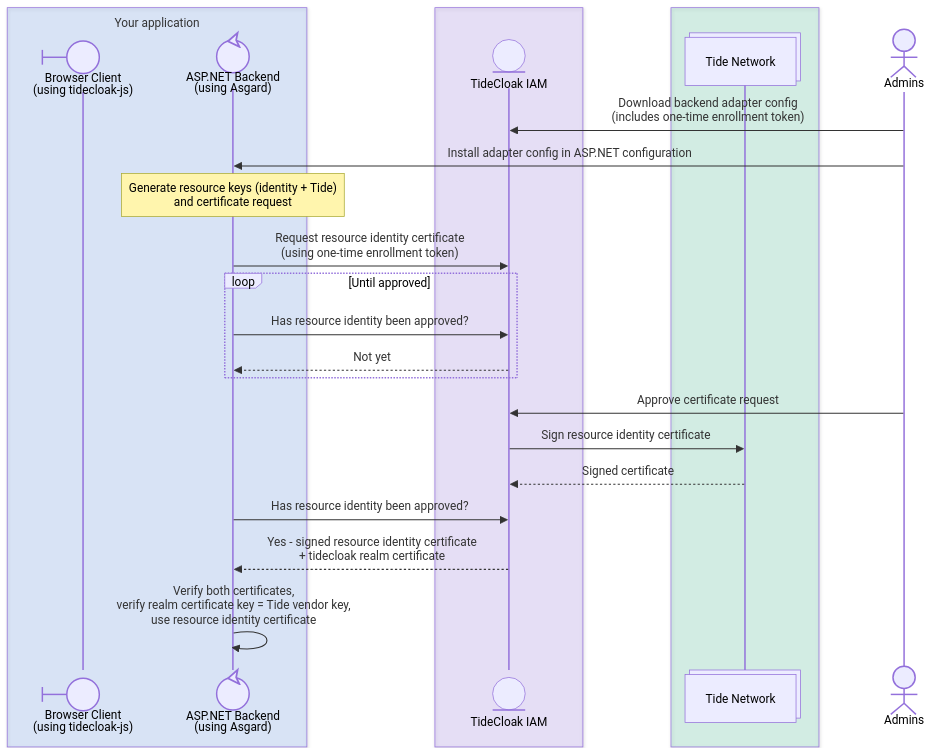
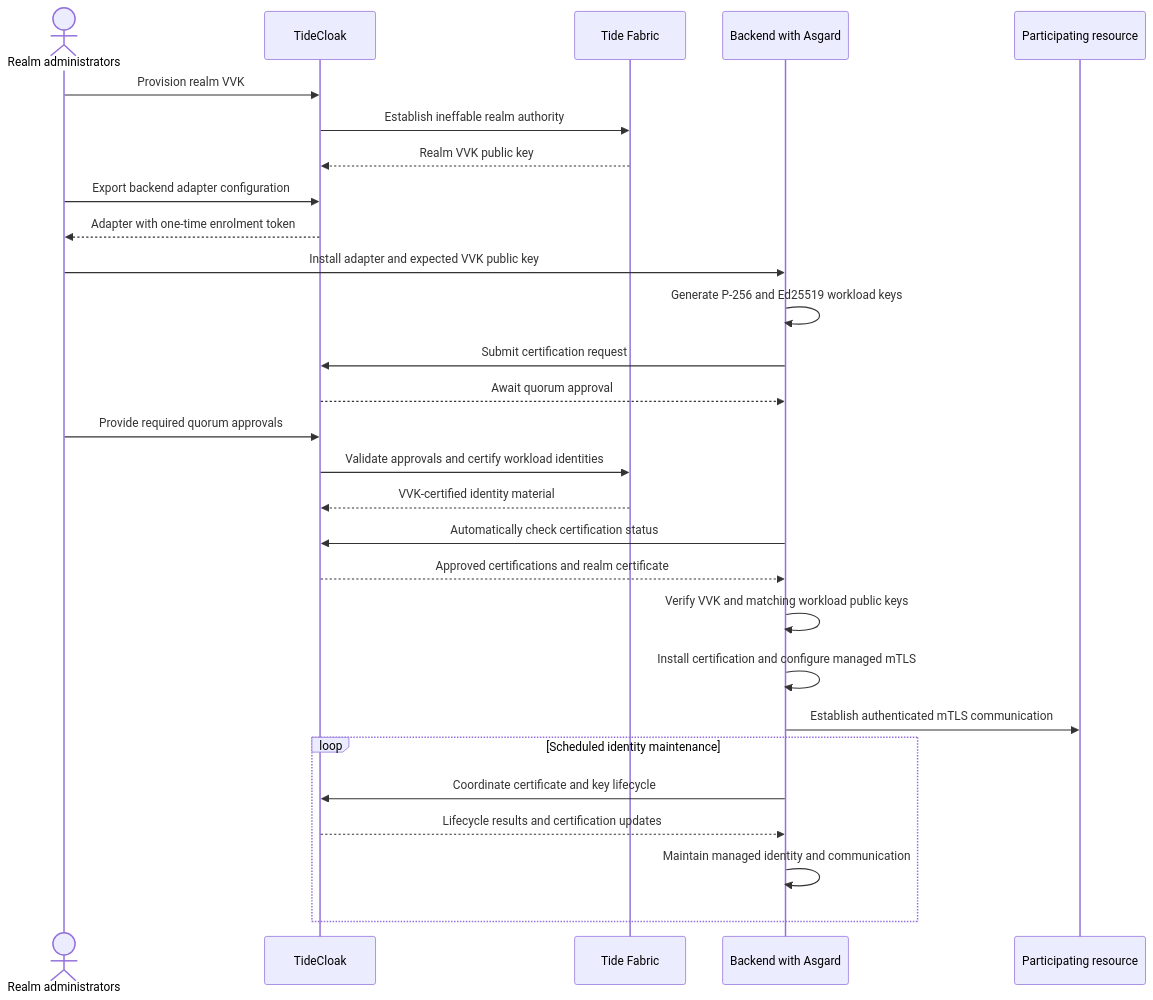
The first of 3 diagrams in README.md (tide-foundation/asgard), drawn with Mermaid before and after one commit. The commit also changed other lines of this file, not shown here.

````diff
--- a/README.md
+++ b/README.md
@@ -83,33 +213,36 @@
 ```mermaid
 sequenceDiagram
-    box rgba(59, 130, 246, 0.15) Your application
-        participant Browser@{ "type": "boundary", "alias": "Browser Client<br/>(using tidecloak-js)" }
-        participant Backend@{ "type": "control", "alias": "ASP.NET Backend<br/>(using Asgard)" }
+    actor Admins as Realm administrators
+    participant TC as TideCloak
+    participant Fabric as Tide Fabric
+    participant Backend as Backend with Asgard
+    participant Resource as Participating resource
+
+    Admins->>TC: Provision realm VVK
+    TC->>Fabric: Establish ineffable realm authority
+    Fabric-->>TC: Realm VVK public key
+
+    Admins->>TC: Export backend adapter configuration
+    TC-->>Admins: Adapter with one-time enrolment token
+    Admins->>Backend: Install adapter and expected VVK public key
+
+    Backend->>Backend: Generate P-256 and Ed25519 workload keys
+    Backend->>TC: Submit certification request
+    TC-->>Backend: Await quorum approval
+
+    Admins->>TC: Provide required quorum approvals
+    TC->>Fabric: Validate approvals and certify workload identities
+    Fabric-->>TC: VVK-certified identity material
+
+    Backend->>TC: Automatically check certification status
+    TC-->>Backend: Approved certifications and realm certificate
+    Backend->>Backend: Verify VVK and matching workload public keys
+    Backend->>Backend: Install certification and configure managed mTLS
+    Backend->>Resource: Establish authenticated mTLS communication
+
+    loop Scheduled identity maintenance
+        Backend->>TC: Coordinate certificate and key lifecycle
+        TC-->>Backend: Lifecycle results and certification updates
+        Backend->>Backend: Maintain managed identity and communication
     end
-    box rgba(139, 92, 246, 0.15)
-        participant TideCloak@{ "type": "entity", "alias": "TideCloak IAM" }
-    end
-    box rgba(16, 185, 129, 0.15)
-        participant TideNetwork@{ "type": "collections", "alias": "Tide Network" }
-    end
-    actor Admins
-
-    Admins->>TideCloak: Download backend adapter config<br/>(includes one-time enrollment token)
-    Admins->>Backend: Install adapter config in ASP.NET configuration
-
-    Note over Backend: Generate resource keys (identity + Tide)<br/>and certificate request
-    Backend->>TideCloak: Request resource identity certificate<br/>(using one-time enrollment token)
-
-    loop Until approved
-        Backend->>TideCloak: Has resource identity been approved?
-        TideCloak-->>Backend: Not yet
-    end
-
-    Admins->>TideCloak: Approve certificate request
-    TideCloak->>TideNetwork: Sign resource identity certificate
-    TideNetwork-->>TideCloak: Signed certificate
-
-    Backend->>TideCloak: Has resource identity been approved?
-    TideCloak-->>Backend: Yes - signed resource identity certificate<br/>+ tidecloak realm certificate
-    Backend->>Backend: Verify both certificates,<br/>verify realm certificate key = Tide vendor key,<br/>use resource identity certificate
 ```
````
